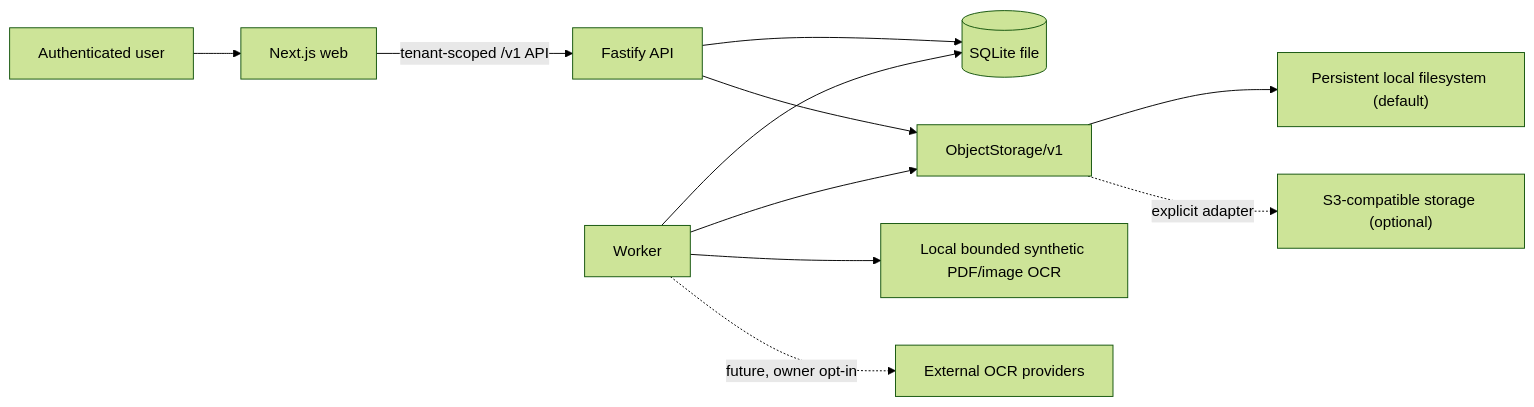
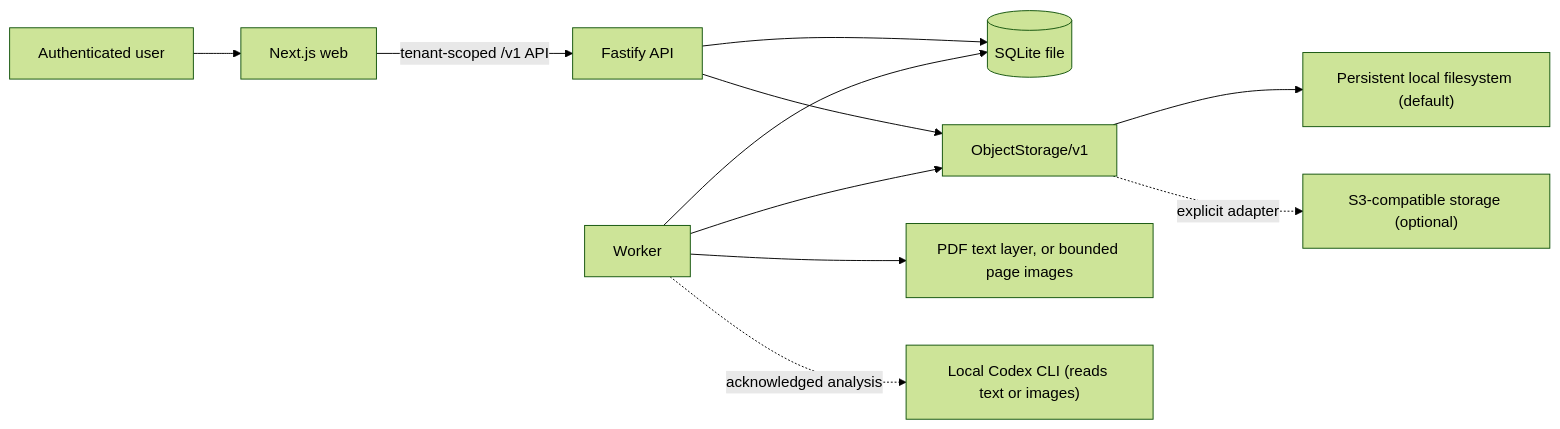
Before and after one commit to Braidner/veylta: the second of 3 diagrams in docs/architecture.md, drawn with Mermaid (forest theme). The commit also changed other lines of this file and 2 other files, not shown here.

````diff
--- a/docs/architecture.md
+++ b/docs/architecture.md
@@ -107,13 +108,13 @@
 ```mermaid
 flowchart LR
   U["Authenticated user"] --> W["Next.js web"]
   W -->|"tenant-scoped /v1 API"| A["Fastify API"]
   A --> P[("SQLite file")]
   A --> O["ObjectStorage/v1"]
   J["Worker"] --> P
   J --> O
   O --> L["Persistent local filesystem (default)"]
   O -. "explicit adapter" .-> S["S3-compatible storage (optional)"]
-  J --> Q["Local bounded synthetic PDF/image OCR"]
-  J -. "future, owner opt-in" .-> X["External OCR providers"]
+  J --> Q["PDF text layer, or bounded page images"]
+  J -. "acknowledged analysis" .-> X["Local Codex CLI (reads text or images)"]
 ```
````
